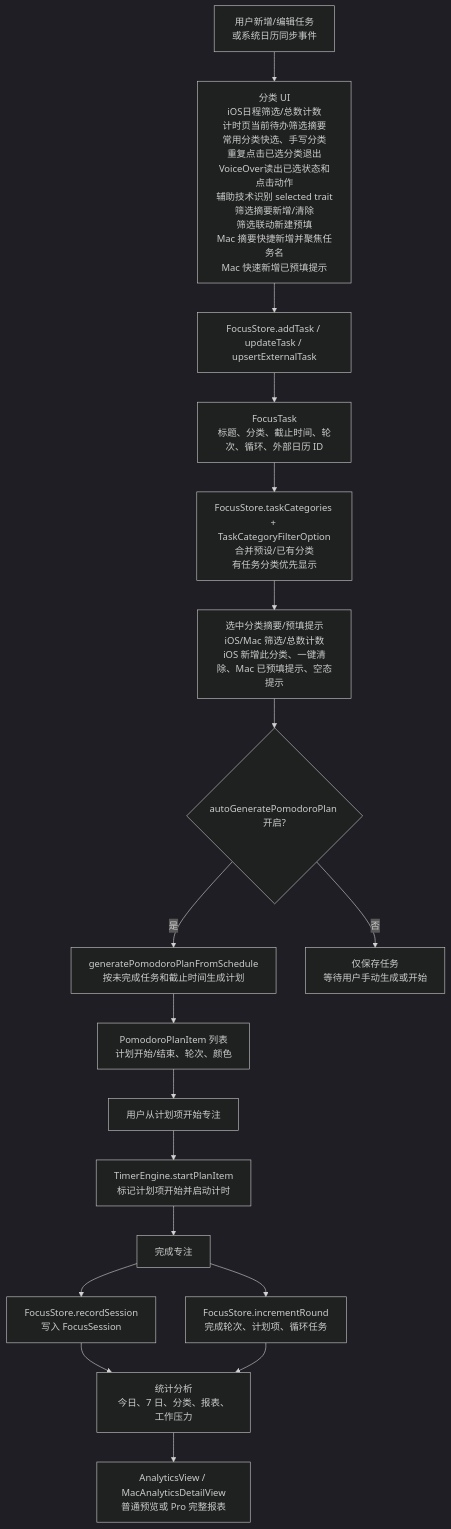
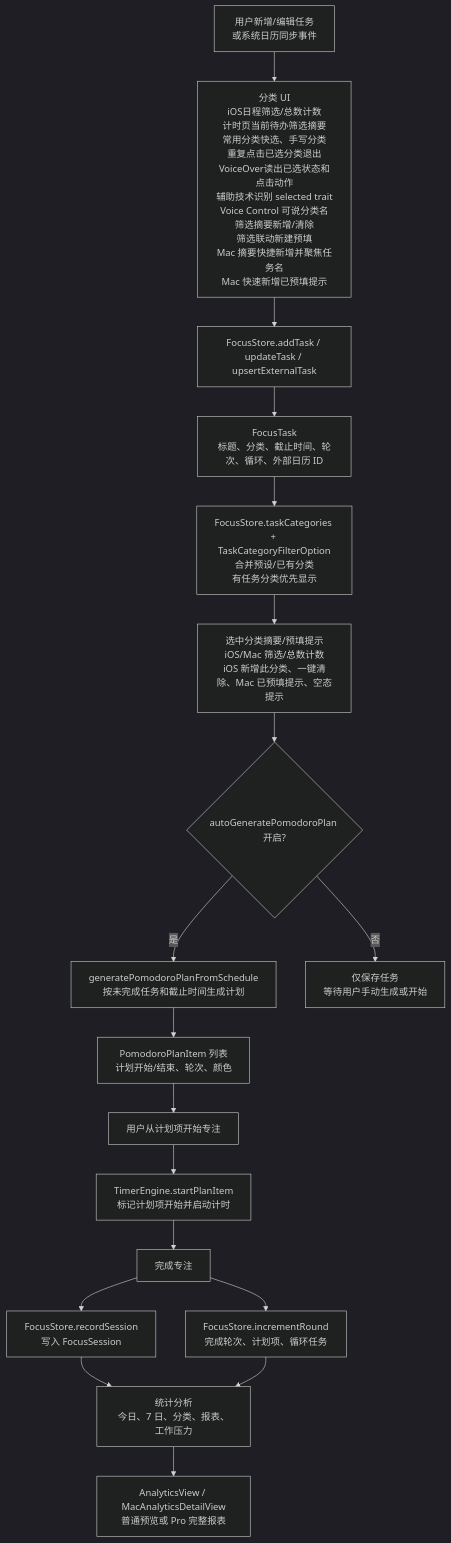
Before and after one commit to Altman-sam114/114: the third of 6 diagrams in md/flow/flowchart.md, drawn with Mermaid (dark theme). The commit also changed other lines of this file and 9 other files, not shown here.

````diff
--- a/md/flow/flowchart.md
+++ b/md/flow/flowchart.md
@@ -63,20 +63,20 @@
 ```mermaid
 flowchart TD
-  A["用户新增/编辑任务<br/>或系统日历同步事件"] --> P0["分类 UI<br/>iOS日程筛选/总数计数<br/>计时页当前待办筛选摘要<br/>常用分类快选、手写分类<br/>重复点击已选分类退出<br/>VoiceOver读出已选状态和点击动作<br/>辅助技术识别 selected trait<br/>筛选摘要新增/清除<br/>筛选联动新建预填<br/>Mac 摘要快捷新增并聚焦任务名<br/>Mac 快速新增已预填提示"]
+  A["用户新增/编辑任务<br/>或系统日历同步事件"] --> P0["分类 UI<br/>iOS日程筛选/总数计数<br/>计时页当前待办筛选摘要<br/>常用分类快选、手写分类<br/>重复点击已选分类退出<br/>VoiceOver读出已选状态和点击动作<br/>辅助技术识别 selected trait<br/>Voice Control 可说分类名<br/>筛选摘要新增/清除<br/>筛选联动新建预填<br/>Mac 摘要快捷新增并聚焦任务名<br/>Mac 快速新增已预填提示"]
   P0 --> B["FocusStore.addTask / updateTask / upsertExternalTask"]
   B --> C["FocusTask<br/>标题、分类、截止时间、轮次、循环、外部日历 ID"]
   C --> C2["FocusStore.taskCategories + TaskCategoryFilterOption<br/>合并预设/已有分类<br/>有任务分类优先显示"]
   C2 --> C3["选中分类摘要/预填提示<br/>iOS/Mac 筛选/总数计数<br/>iOS 新增此分类、一键清除、Mac 已预填提示、空态提示"]
   C3 --> D{"autoGeneratePomodoroPlan 开启?"}
   D -->|是| E["generatePomodoroPlanFromSchedule<br/>按未完成任务和截止时间生成计划"]
   D -->|否| F["仅保存任务<br/>等待用户手动生成或开始"]
   E --> G["PomodoroPlanItem 列表<br/>计划开始/结束、轮次、颜色"]
   G --> H["用户从计划项开始专注"]
   H --> I["TimerEngine.startPlanItem<br/>标记计划项开始并启动计时"]
   I --> J["完成专注"]
   J --> K["FocusStore.incrementRound<br/>完成轮次、计划项、循环任务"]
   J --> L["FocusStore.recordSession<br/>写入 FocusSession"]
   L --> M["统计分析<br/>今日、7 日、分类、报表、工作压力"]
   K --> M
   M --> N["AnalyticsView / MacAnalyticsDetailView<br/>普通预览或 Pro 完整报表"]
 ```
````
